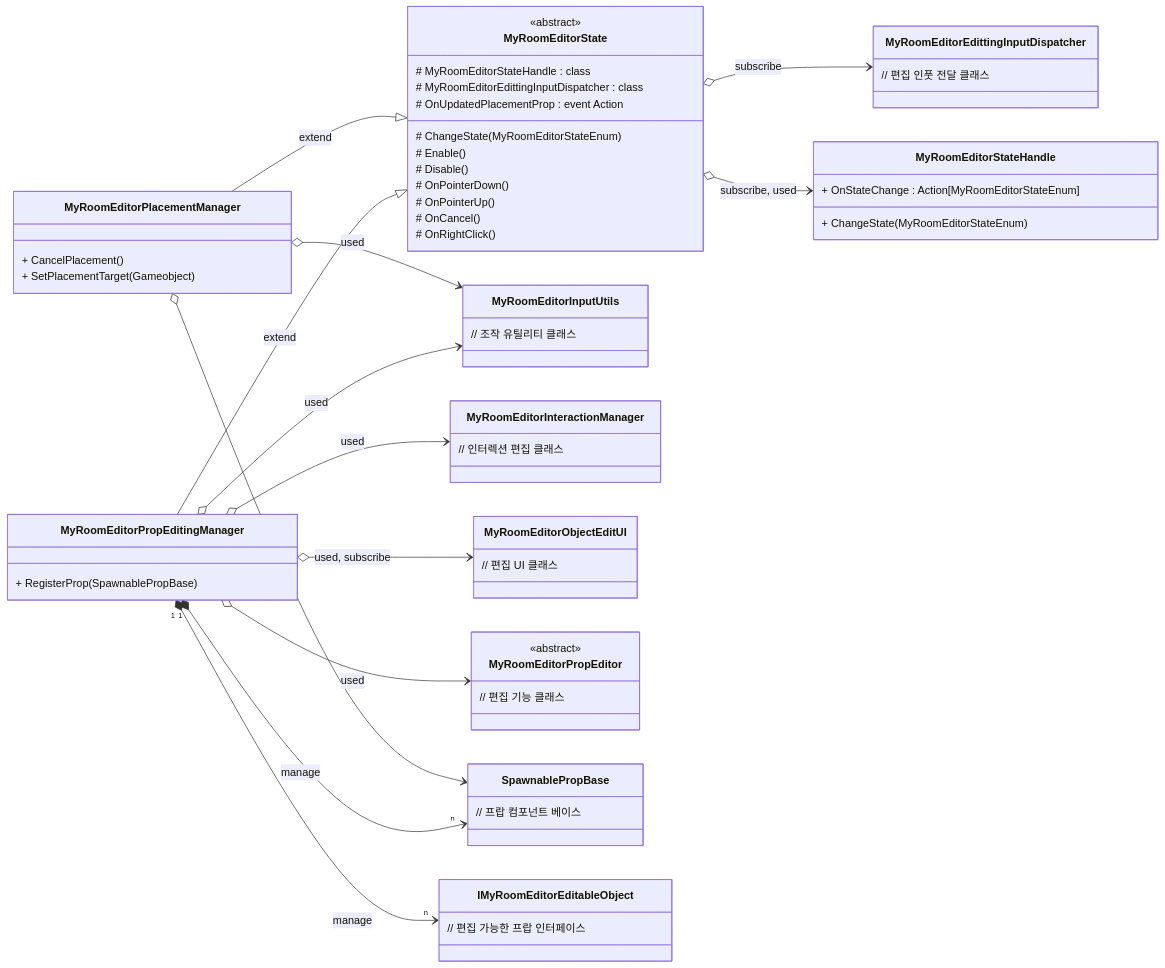
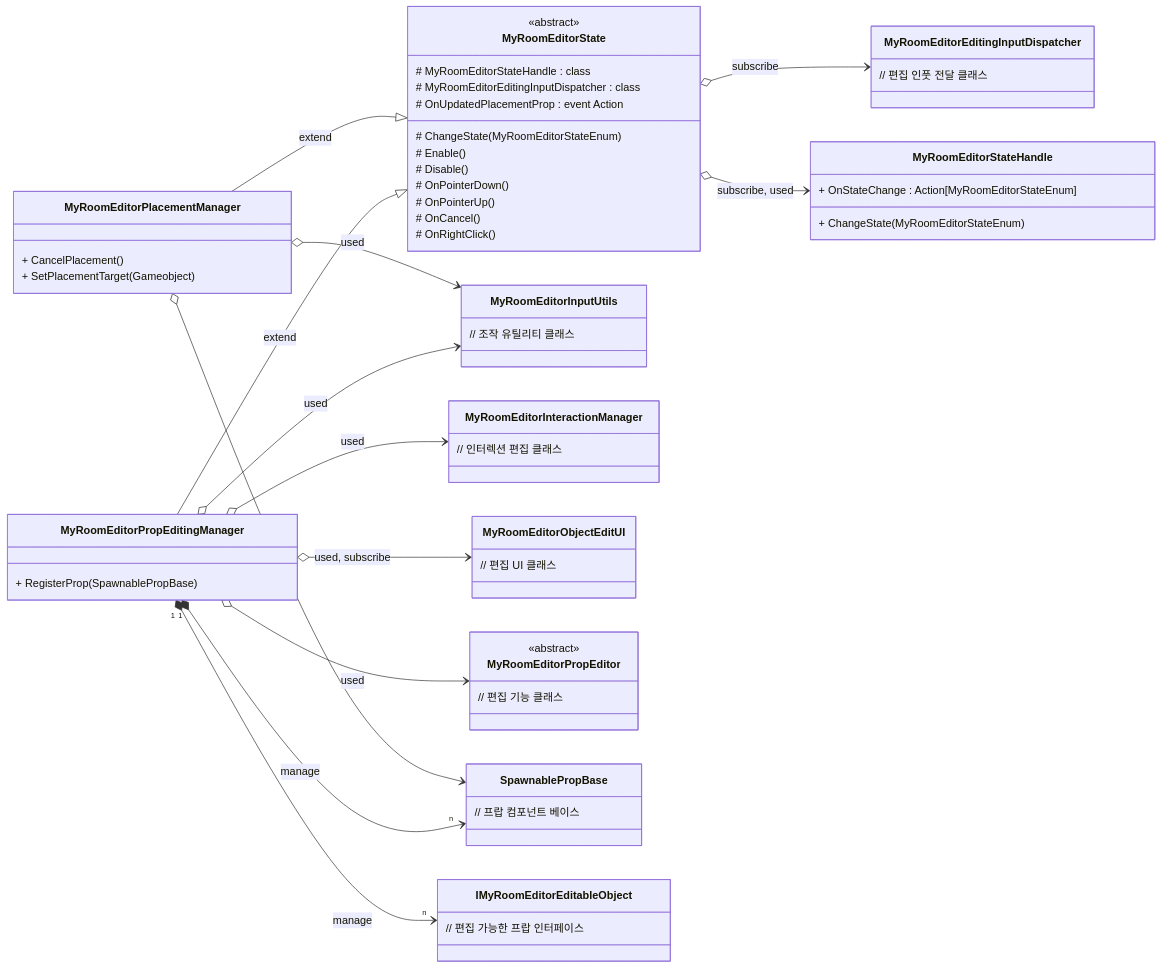
The second of 8 diagrams in content/docs/Projects/Rfice/HousingSystem/Overview.md (CosmicGiantKoala/CosmicGiantKoala.github.io), drawn with Mermaid before and after one commit. The commit also changed other lines of this file and 5 other files, not shown here.

````diff
--- a/content/docs/Projects/Rfice/HousingSystem/Overview.md
+++ b/content/docs/Projects/Rfice/HousingSystem/Overview.md
@@ -93,77 +232,75 @@
 ```mermaid
 classDiagram
     direction LR
     class MyRoomEditorState {
         <<abstract>>
         # MyRoomEditorStateHandle : class
-        # MyRoomEditorEdittingInputDispatcher : class
+        # MyRoomEditorEditingInputDispatcher : class
         # OnUpdatedPlacementProp : event Action
         # ChangeState(MyRoomEditorStateEnum)
         # Enable()
         # Disable()
         # OnPointerDown()
         # OnPointerUp()
         # OnCancel()
         # OnRightClick()
     }
 
     class MyRoomEditorStateHandle {
         + OnStateChange : Action[MyRoomEditorStateEnum]
         + ChangeState(MyRoomEditorStateEnum)
     }
 
-
-    class MyRoomEditorEdittingInputDispatcher {
+    class MyRoomEditorEditingInputDispatcher {
         // 편집 인풋 전달 클래스
     }
 
     class MyRoomEditorPlacementManager {
         + CancelPlacement()
         + SetPlacementTarget(Gameobject)
     }
 
     class MyRoomEditorPropEditingManager {
         + RegisterProp(SpawnablePropBase)
     }
 
     class MyRoomEditorInputUtils {
         // 조작 유틸리티 클래스
     }
 
     class MyRoomEditorInteractionManager {
         // 인터렉션 편집 클래스
     }
 
     class MyRoomEditorObjectEditUI {
         // 편집 UI 클래스
     }
 
     class MyRoomEditorPropEditor {
         <<abstract>>
         // 편집 기능 클래스
     }
-    
+
     class SpawnablePropBase{
         // 프랍 컴포넌트 베이스
     }
-    
+
     class IMyRoomEditorEditableObject{
         // 편집 가능한 프랍 인터페이스
     }
 
-    MyRoomEditorState o--> MyRoomEditorEdittingInputDispatcher : subscribe
+    MyRoomEditorState o--> MyRoomEditorEditingInputDispatcher : subscribe
     MyRoomEditorState o--> MyRoomEditorStateHandle : subscribe, used
-    
+
     MyRoomEditorPlacementManager --|> MyRoomEditorState : extend
     MyRoomEditorPlacementManager o--> MyRoomEditorInputUtils : used
     MyRoomEditorPlacementManager o--> SpawnablePropBase
-    
+
     MyRoomEditorPropEditingManager --|> MyRoomEditorState : extend
     MyRoomEditorPropEditingManager o--> MyRoomEditorInputUtils : used
     MyRoomEditorPropEditingManager o--> MyRoomEditorInteractionManager : used
     MyRoomEditorPropEditingManager o--> MyRoomEditorPropEditor : used
     MyRoomEditorPropEditingManager o--> MyRoomEditorObjectEditUI : used, subscribe
     MyRoomEditorPropEditingManager "1" *--> "n" SpawnablePropBase : manage
     MyRoomEditorPropEditingManager "1" *--> "n" IMyRoomEditorEditableObject : manage
-      
 ```
````
